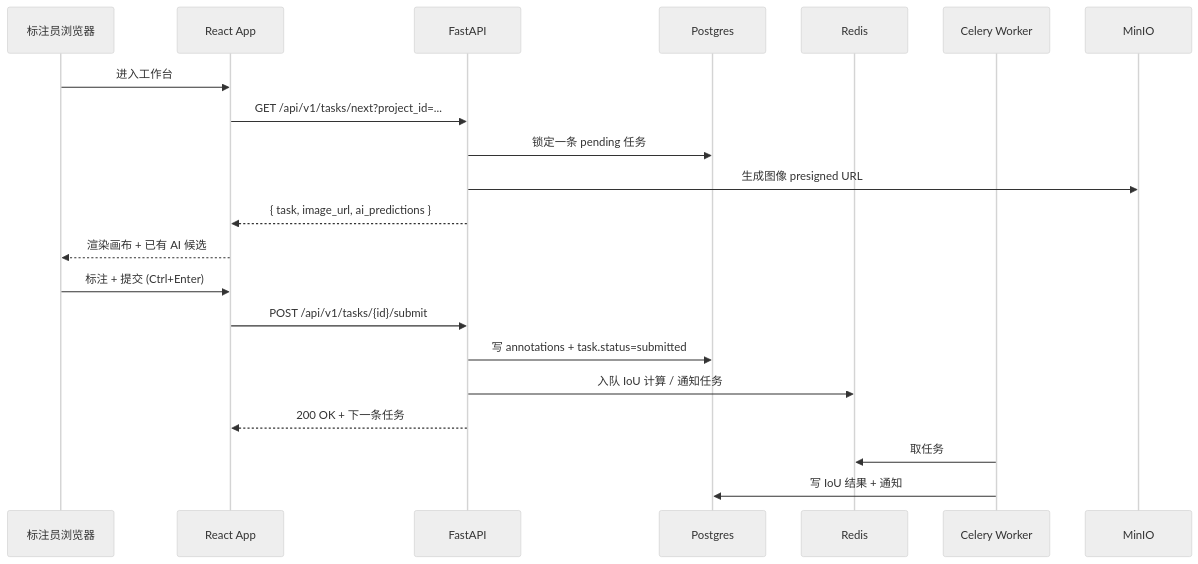
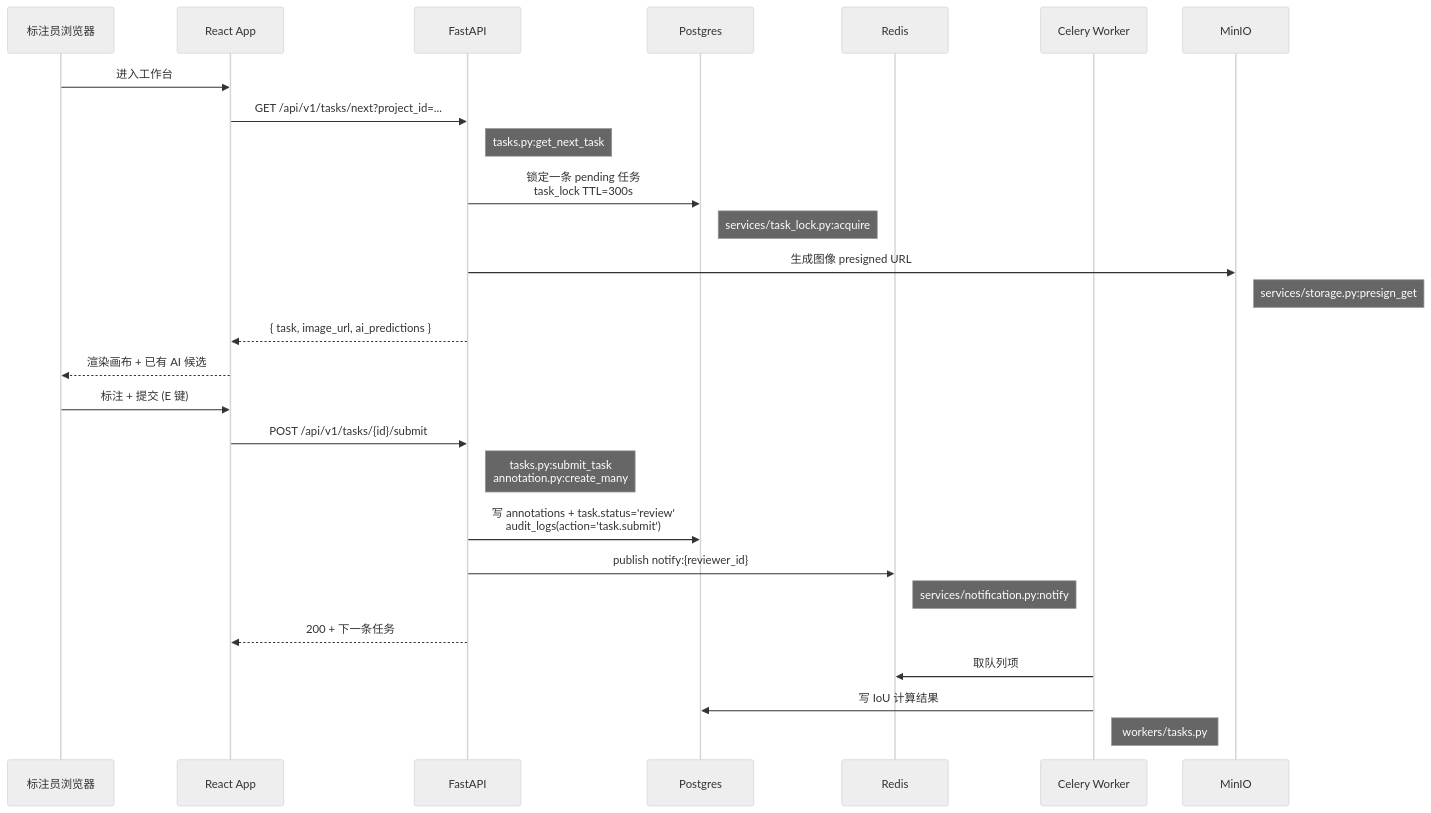
One commit to yyq19990828/ai-annotation-platform changed the first of 4 diagrams in docs-site/dev/architecture/data-flow.md. Above: the diagram before and after it, drawn with Mermaid (neutral theme). The commit also changed other lines of this file and 42 other files, not shown here.

````diff
--- a/docs-site/dev/architecture/data-flow.md
+++ b/docs-site/dev/architecture/data-flow.md
@@ -5,25 +7,31 @@
 ```mermaid
 sequenceDiagram
   participant U as 标注员浏览器
   participant W as React App
   participant A as FastAPI
   participant DB as Postgres
   participant R as Redis
   participant C as Celery Worker
   participant S as MinIO
 
   U->>W: 进入工作台
   W->>A: GET /api/v1/tasks/next?project_id=...
-  A->>DB: 锁定一条 pending 任务
+  Note right of A: tasks.py:get_next_task
+  A->>DB: 锁定一条 pending 任务<br/>task_lock TTL=300s
+  Note right of DB: services/task_lock.py:acquire
   A->>S: 生成图像 presigned URL
+  Note right of S: services/storage.py:presign_get
   A-->>W: { task, image_url, ai_predictions }
   W-->>U: 渲染画布 + 已有 AI 候选
 
-  U->>W: 标注 + 提交 (Ctrl+Enter)
+  U->>W: 标注 + 提交 (E 键)
   W->>A: POST /api/v1/tasks/{id}/submit
-  A->>DB: 写 annotations + task.status=submitted
-  A->>R: 入队 IoU 计算 / 通知任务
-  A-->>W: 200 OK + 下一条任务
-  C->>R: 取任务
-  C->>DB: 写 IoU 结果 + 通知
+  Note right of A: tasks.py:submit_task<br/>annotation.py:create_many
+  A->>DB: 写 annotations + task.status='review'<br/>audit_logs(action='task.submit')
+  A->>R: publish notify:{reviewer_id}
+  Note right of R: services/notification.py:notify
+  A-->>W: 200 + 下一条任务
+  C->>R: 取队列项
+  C->>DB: 写 IoU 计算结果
+  Note right of C: workers/tasks.py
 ```
````
